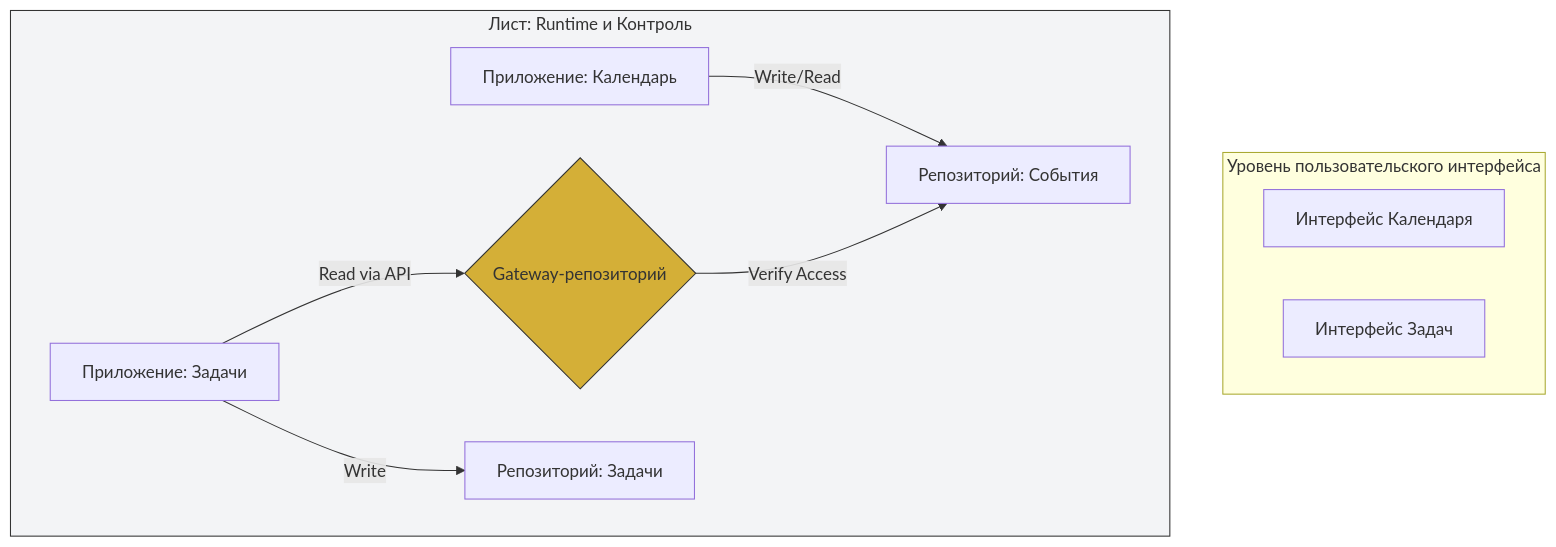
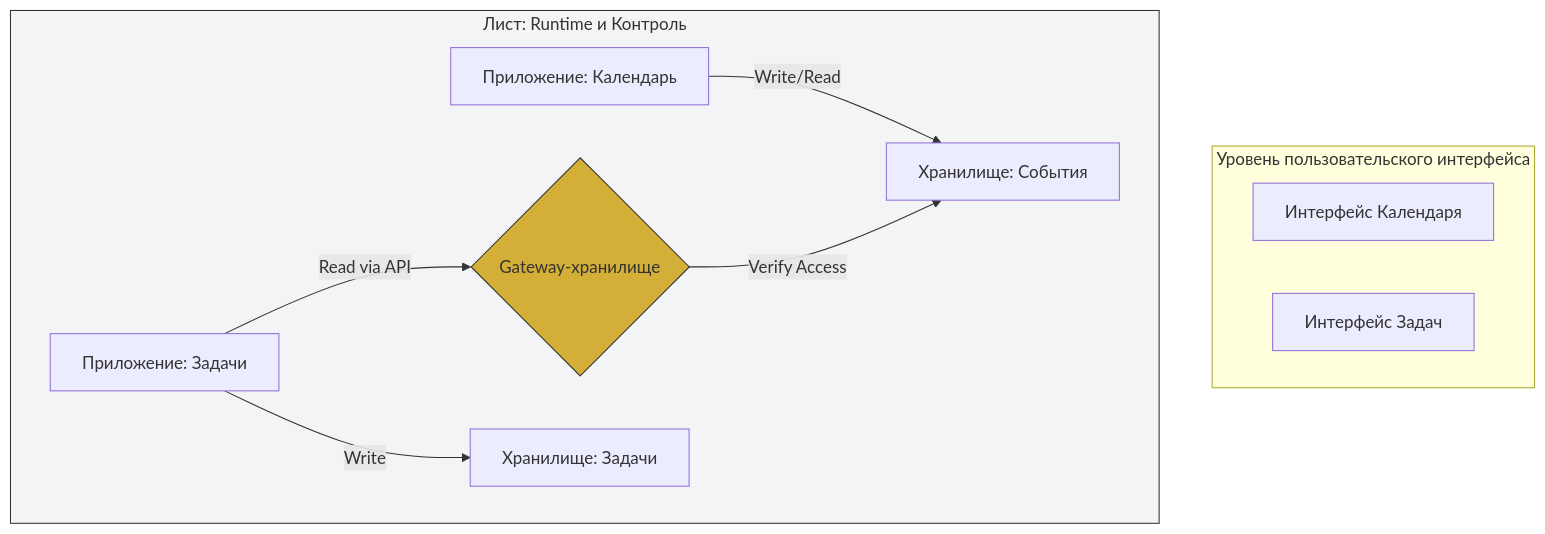
One commit to Data-Independence-Network/presentations changed diagram 33 of 51 in shared_docs/Технический документ платформы Турбаза.md. Above: the diagram before and after it, drawn with Mermaid. The commit also changed other lines of this file and 8 other files, not shown here.

````diff
--- a/shared_docs/Технический документ платформы Турбаза.md
+++ b/shared_docs/Технический документ платформы Турбаза.md
@@ -887,23 +887,23 @@
 ```mermaid
 graph TD
     subgraph UI_Layer [Уровень пользовательского интерфейса]
         CalendarUI[Интерфейс Календаря]
         TasksUI[Интерфейс Задач]
     end
     
     subgraph Leaf_Runtime [Лист: Runtime и Контроль]
         App1[Приложение: Календарь]
         App2[Приложение: Задачи]
         
-        Gateway{Gateway-репозиторий}
+        Gateway{Gateway-хранилище}
         
-        App1 -->|Write/Read| Repo1[Репозиторий: События]
+        App1 -->|Write/Read| Repo1[Хранилище: События]
         App2 -->|Read via API| Gateway
         Gateway -->|Verify Access| Repo1
         
-        App2 -->|Write| Repo2[Репозиторий: Задачи]
+        App2 -->|Write| Repo2[Хранилище: Задачи]
     end
     
     style Gateway fill:#D4AF37,stroke:#333
     style Leaf_Runtime fill:#f3f4f6,stroke:#333
 ```
````
